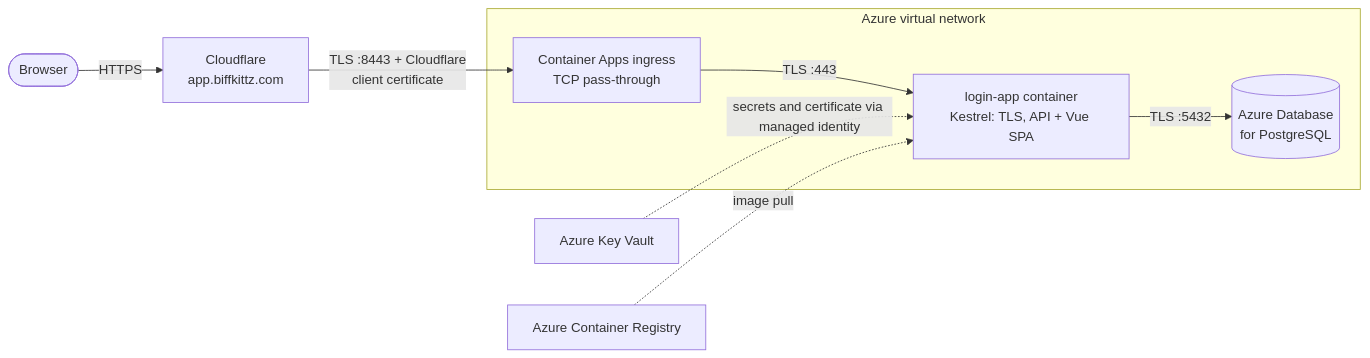
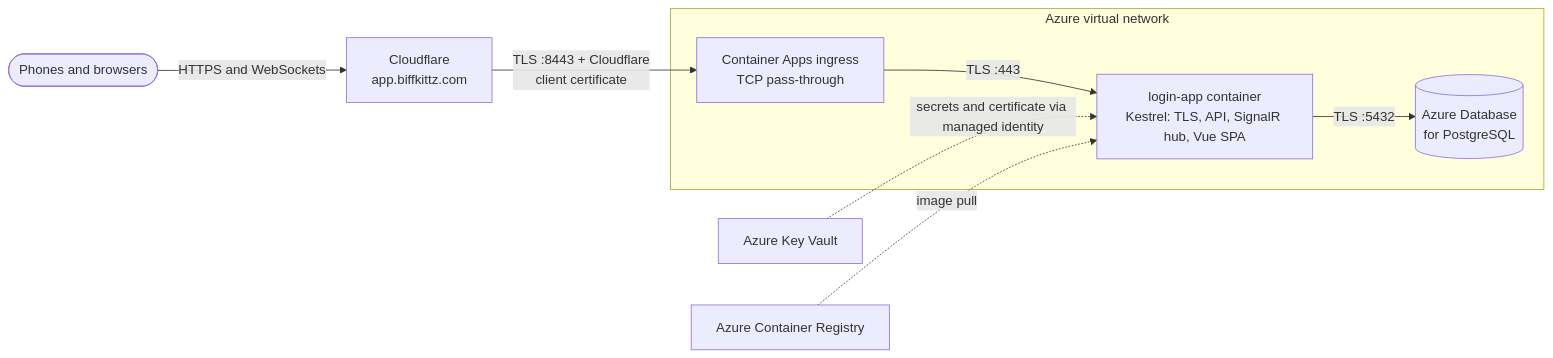
The diagram in README.md (biffkittz/login-app), drawn with Mermaid before and after one commit. The commit also changed other lines of this file and 114 other files, not shown here.

````diff
--- a/README.md
+++ b/README.md
@@ -14,11 +18,11 @@
 ```mermaid
 flowchart LR
-  user([Browser]) -->|HTTPS| cf[Cloudflare<br/>app.biffkittz.com]
+  user([Phones and browsers]) -->|"HTTPS and WebSockets"| cf[Cloudflare<br/>app.biffkittz.com]
   cf -->|"TLS :8443 + Cloudflare<br/>client certificate"| ingress[Container Apps ingress<br/>TCP pass-through]
   subgraph vnet[Azure virtual network]
-    ingress -->|"TLS :443"| app[login-app container<br/>Kestrel: TLS, API + Vue SPA]
+    ingress -->|"TLS :443"| app[login-app container<br/>Kestrel: TLS, API, SignalR hub, Vue SPA]
     app -->|TLS :5432| pg[(Azure Database<br/>for PostgreSQL)]
   end
   kv[Azure Key Vault] -.->|secrets and certificate via managed identity| app
   acr[Azure Container Registry] -.->|image pull| app
 ```
````
